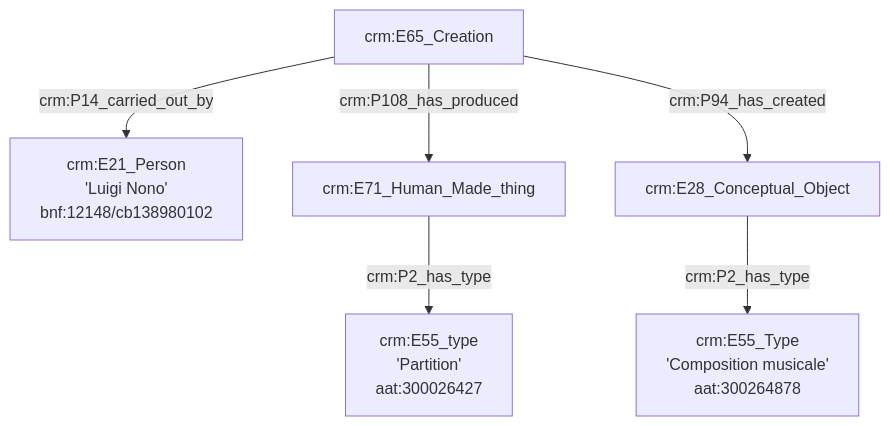
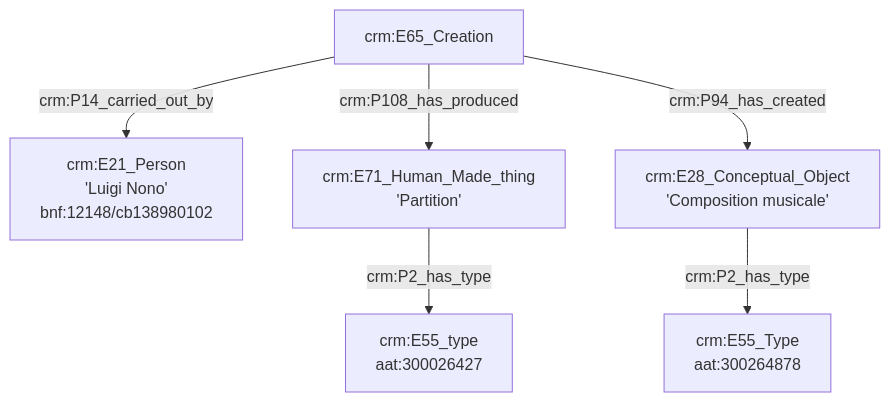
One commit to GusBraud/OntoMatchGameGus changed the first of 5 diagrams in Exemple1.md. Above: the diagram before and after it, drawn with Mermaid.

````diff
--- a/Exemple1.md
+++ b/Exemple1.md
@@ -3,10 +3,10 @@
 ```mermaid
 graph TD;
 
 A[crm:E65_Creation] --> |crm:P14_carried_out_by| B[crm:E21_Person<br>'Luigi Nono'<br>bnf:12148/cb138980102]
-G[crm:E28_Conceptual_Object] --> |crm:P2_has_type| C[crm:E55_Type<br>'Composition musicale'<br>aat:300264878]
+G[crm:E28_Conceptual_Object<br>'Composition musicale'] --> |crm:P2_has_type| C[crm:E55_Type<br>aat:300264878]
 A[crm:E65_Creation] --> |crm:P108_has_produced| D[crm:E71_Human_Made_thing]
-D[crm:E71_Human_Made_thing] --> |crm:P2_has_type| E[crm:E55_type<br>'Partition'<br>aat:300026427]
-A[crm:E65_Creation] --> |crm:P94_has_created| G[crm:E28_Conceptual_Object]
+D[crm:E71_Human_Made_thing<br>'Partition'] --> |crm:P2_has_type| E[crm:E55_type<br>aat:300026427]
+A[crm:E65_Creation] --> |crm:P94_has_created| G[crm:E28_Conceptual_Object<br>'Composition musicale']
 
 ```
````
